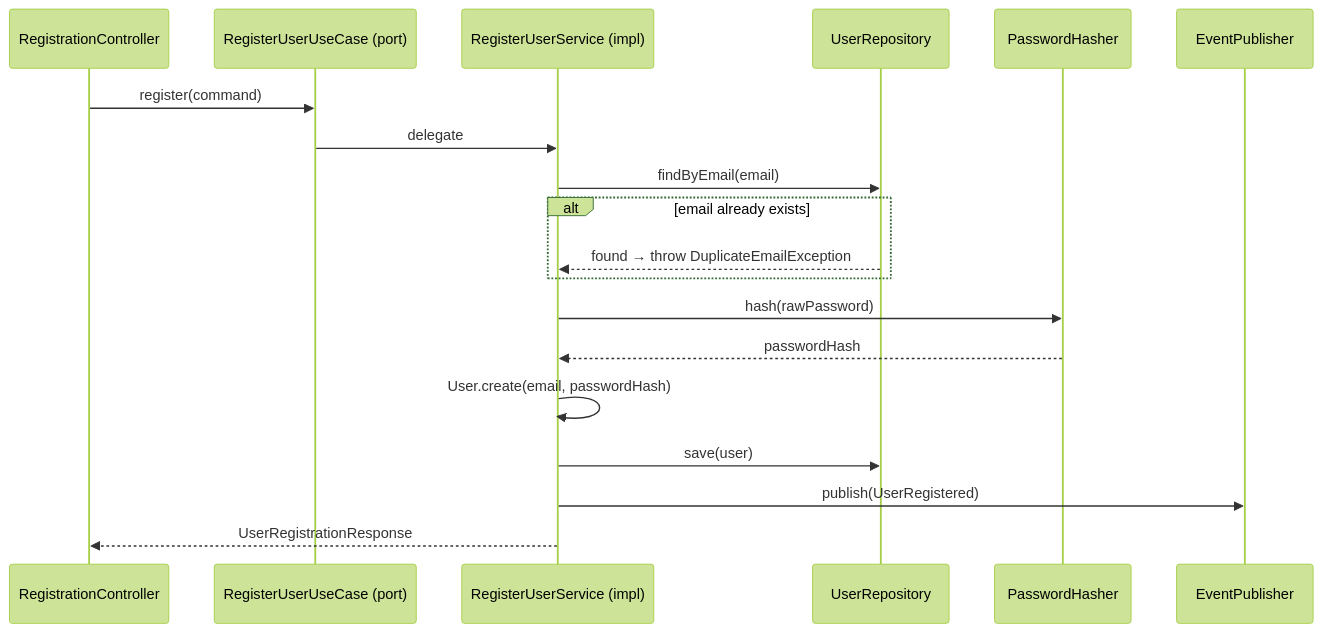
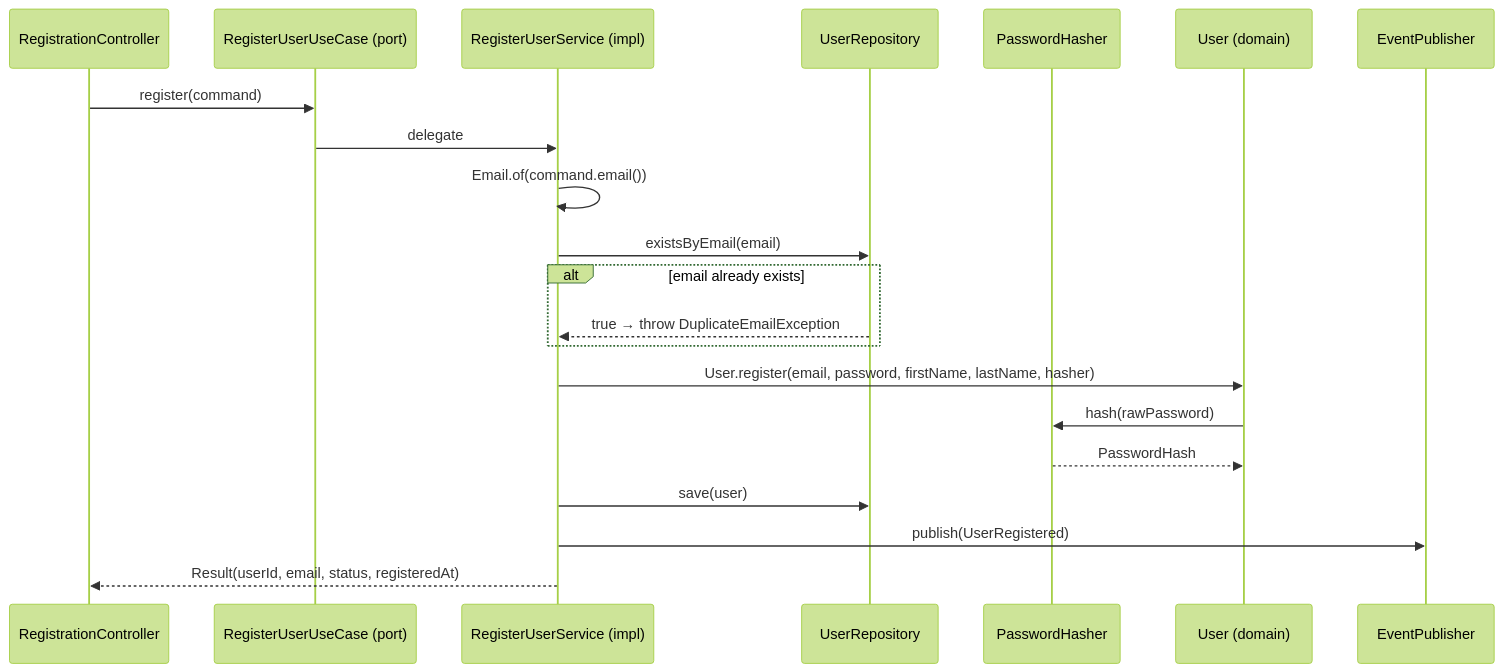
Before and after one commit to AlexAlvarezGallardo-GitHub/Aegis: the diagram in docs/obsidian/04 - Ports/inbound/RegisterUserUseCase.md, drawn with Mermaid (forest theme). The commit also changed other lines of this file and 87 other files, not shown here.

````diff
--- a/docs/obsidian/04 - Ports/inbound/RegisterUserUseCase.md
+++ b/docs/obsidian/04 - Ports/inbound/RegisterUserUseCase.md
@@ -14,22 +14,24 @@
 ```mermaid
 sequenceDiagram
     participant Ctrl as RegistrationController
     participant Port as RegisterUserUseCase (port)
     participant Svc as RegisterUserService (impl)
     participant Repo as UserRepository
     participant Hasher as PasswordHasher
+    participant User as User (domain)
     participant Event as EventPublisher
 
     Ctrl->>Port: register(command)
     Port->>Svc: delegate
-    Svc->>Repo: findByEmail(email)
+    Svc->>Svc: Email.of(command.email())
+    Svc->>Repo: existsByEmail(email)
     alt email already exists
-        Repo-->>Svc: found → throw DuplicateEmailException
+        Repo-->>Svc: true → throw DuplicateEmailException
     end
-    Svc->>Hasher: hash(rawPassword)
-    Hasher-->>Svc: passwordHash
-    Svc->>Svc: User.create(email, passwordHash)
+    Svc->>User: User.register(email, password, firstName, lastName, hasher)
+    User->>Hasher: hash(rawPassword)
+    Hasher-->>User: PasswordHash
     Svc->>Repo: save(user)
     Svc->>Event: publish(UserRegistered)
-    Svc-->>Ctrl: UserRegistrationResponse
+    Svc-->>Ctrl: Result(userId, email, status, registeredAt)
 ```
````
